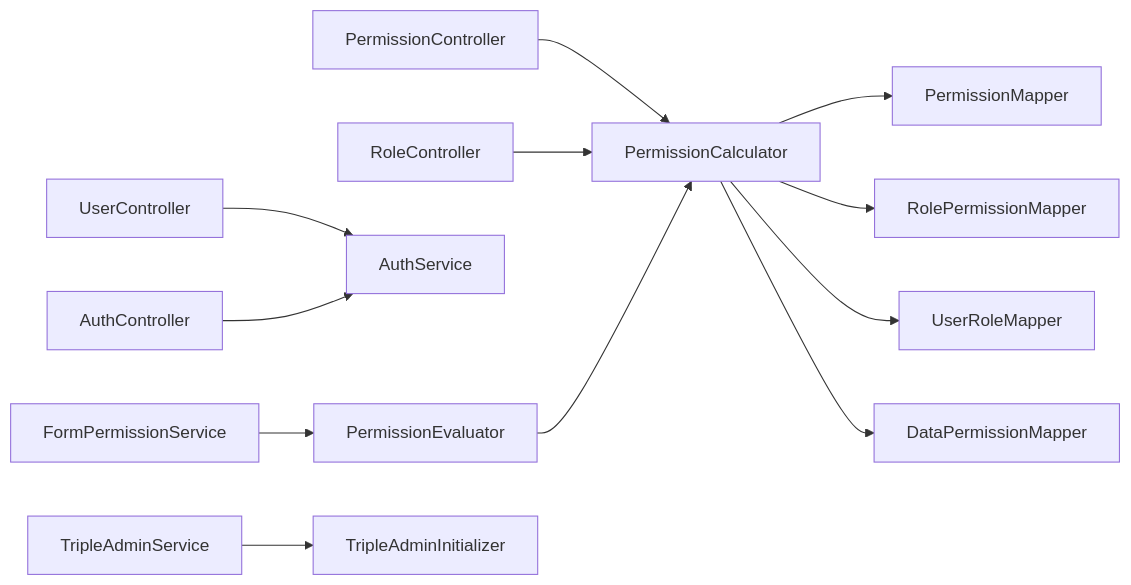
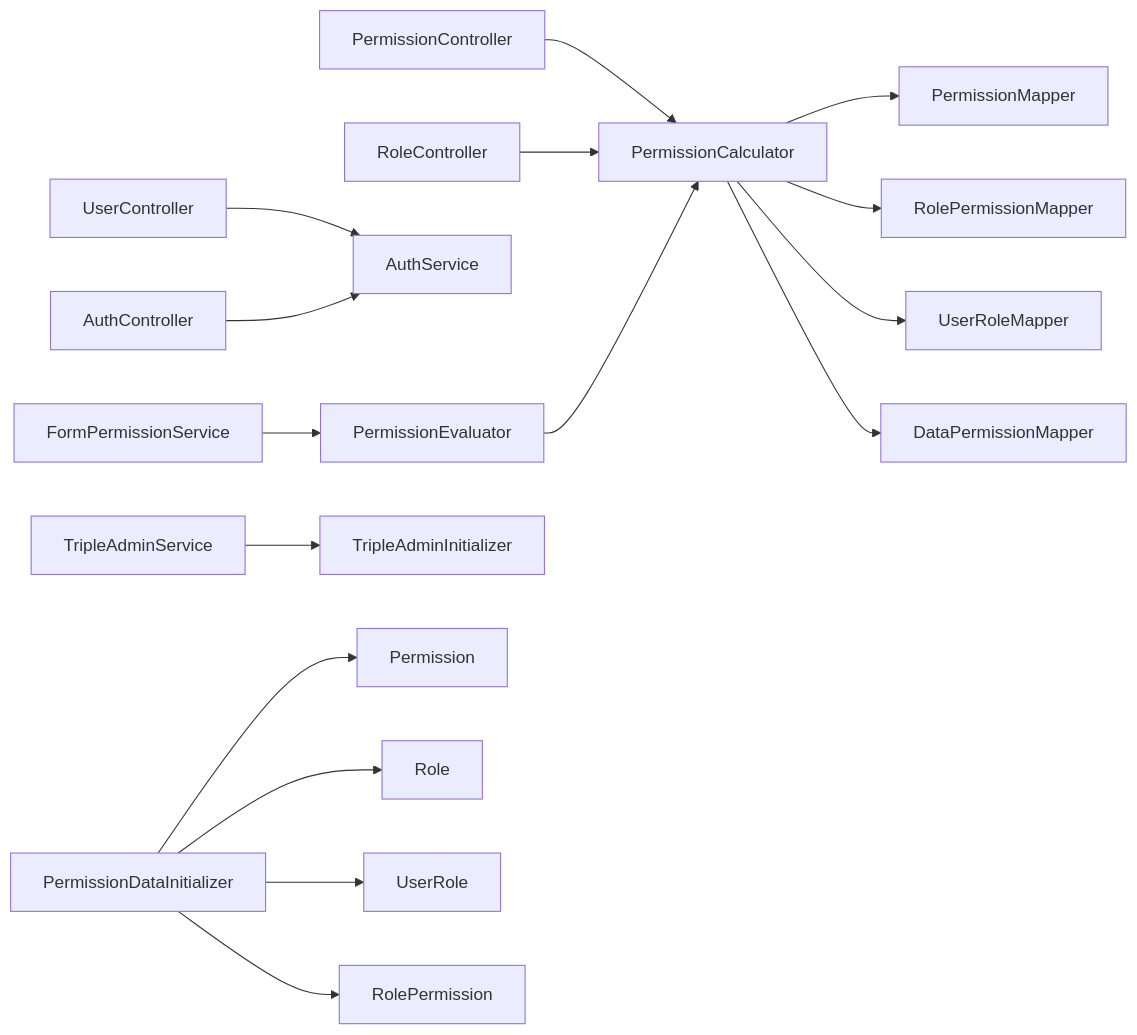
Before and after one commit to liming-lihaini/workflow: the tenth of 10 diagrams in .qoder/repowiki/zh/content/权限控制系统/权限控制系统.md, drawn with Mermaid. The commit also changed other lines of this file and 46 other files, not shown here.

````diff
--- a/.qoder/repowiki/zh/content/权限控制系统/权限控制系统.md
+++ b/.qoder/repowiki/zh/content/权限控制系统/权限控制系统.md
@@ -451,14 +516,18 @@
 ```mermaid
 graph LR
 PCtrl["PermissionController"] --> PCalc["PermissionCalculator"]
 RCtrl["RoleController"] --> PCalc
 UCtrl["UserController"] --> ASvc["AuthService"]
 ACtrl["AuthController"] --> ASvc
 PCalc --> PM["PermissionMapper"]
 PCalc --> RPM["RolePermissionMapper"]
 PCalc --> URM["UserRoleMapper"]
 PCalc --> DPM["DataPermissionMapper"]
 PEval["PermissionEvaluator"] --> PCalc
 FPerm["FormPermissionService"] --> PEval
 TAdmin["TripleAdminService"] --> TAInit["TripleAdminInitializer"]
+PDI["PermissionDataInitializer"] --> P["Permission"]
+PDI --> R["Role"]
+PDI --> UR["UserRole"]
+PDI --> RP["RolePermission"]
 ```
````
